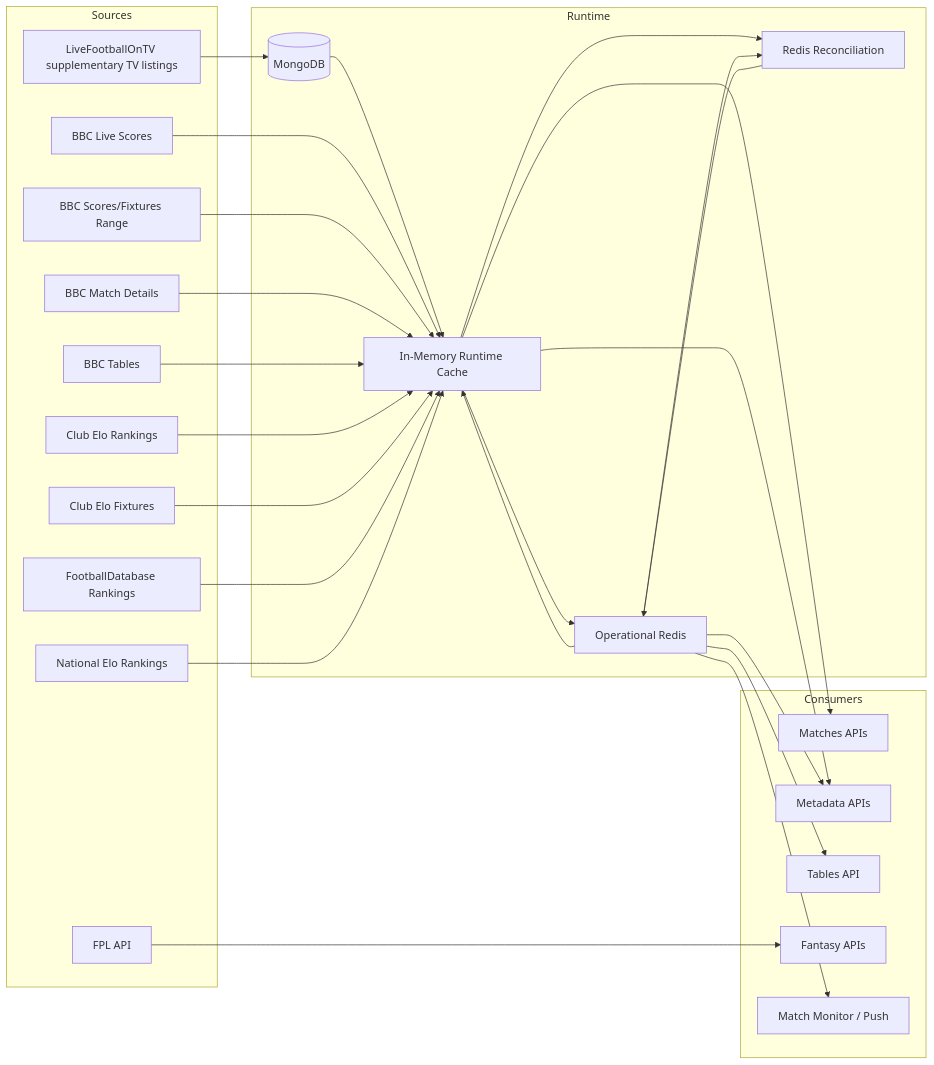
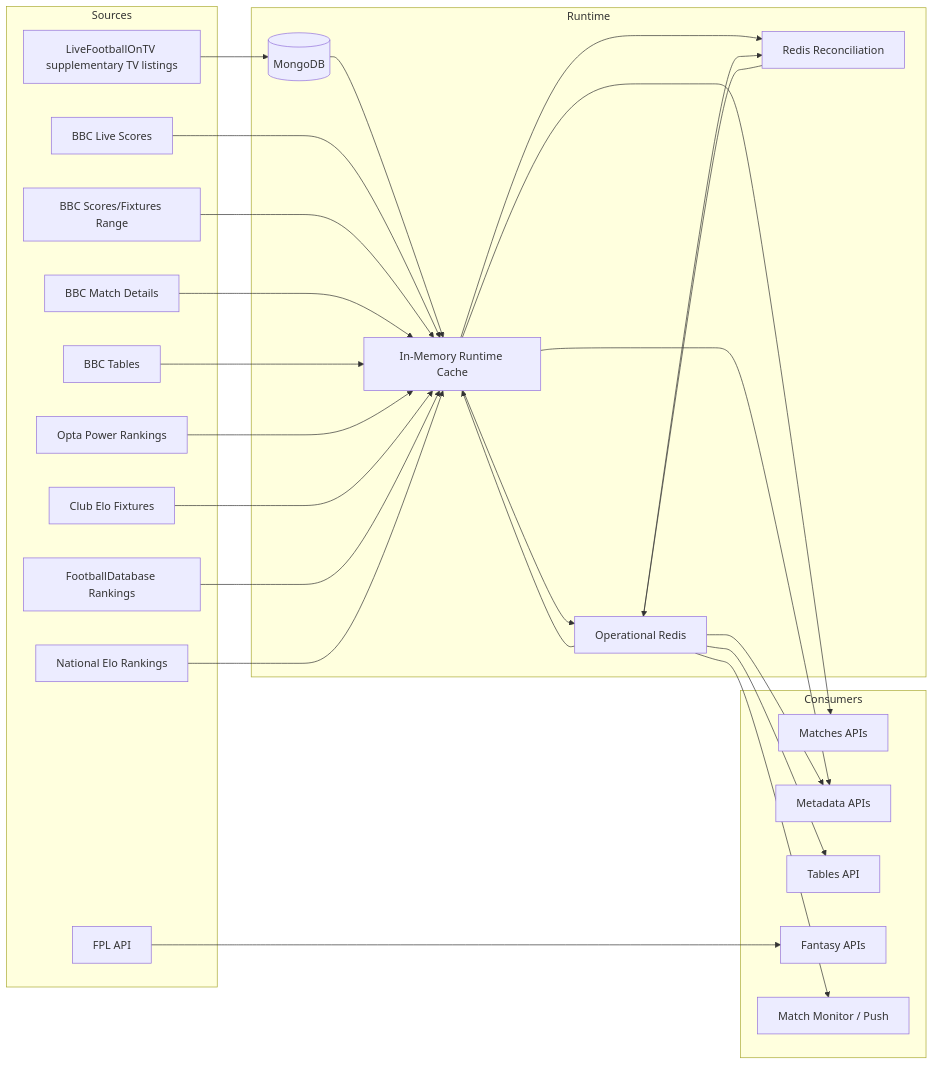
One commit to mwagstaff/top-scores changed the first of 4 diagrams in ARCHITECTURE_OVERVIEW.md. Above: the diagram before and after it, drawn with Mermaid. The commit also changed other lines of this file and 31 other files, not shown here.

First line of the commit message:
feat: add Opta rankings and TV calendar filters

````diff
--- a/ARCHITECTURE_OVERVIEW.md
+++ b/ARCHITECTURE_OVERVIEW.md
@@ -7,54 +7,54 @@
 ```mermaid
 flowchart LR
   subgraph Sources
     LF[LiveFootballOnTV supplementary TV listings]
     BBCL[BBC Live Scores]
     BBCR[BBC Scores/Fixtures Range]
     BBCD[BBC Match Details]
     BBCT[BBC Tables]
-    CE[Club Elo Rankings]
+    CE[Opta Power Rankings]
     CEF[Club Elo Fixtures]
     FD[FootballDatabase Rankings]
     NE[National Elo Rankings]
     FPL[FPL API]
   end
 
   subgraph Runtime
     MONGO[(MongoDB)]
     MEM[In-Memory Runtime Cache]
     REDIS[Operational Redis]
     RECON[Redis Reconciliation]
   end
 
   subgraph Consumers
     MATCHES[Matches APIs]
     META[Metadata APIs]
     TABLES[Tables API]
     FANTASY[Fantasy APIs]
     MONITOR[Match Monitor / Push]
   end
 
   LF --> MONGO
   MONGO --> MEM
   BBCL --> MEM
   BBCR --> MEM
   BBCD --> MEM
   BBCT --> MEM
   CE --> MEM
   CEF --> MEM
   FD --> MEM
   NE --> MEM
   FPL --> FANTASY
 
   MEM --> REDIS
   REDIS --> MEM
   MEM --> RECON
   REDIS --> RECON
   RECON --> REDIS
 
   MEM --> MATCHES
   MEM --> META
   REDIS --> META
   REDIS --> TABLES
   REDIS --> MONITOR
 ```
````
